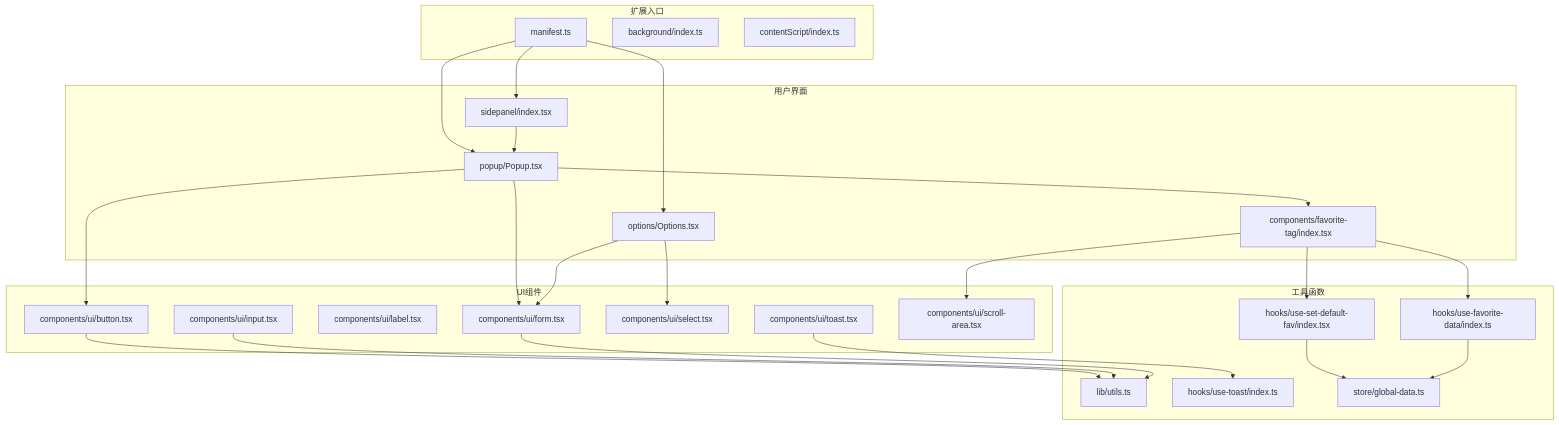
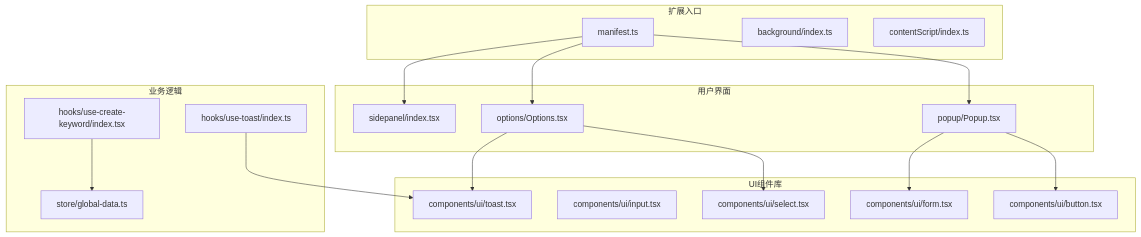
Before and after one commit to RadiumAg/bilibili-favorites: the first of 6 diagrams in .qoder/repowiki/zh/content/Accessibility Enhancements.md, drawn with Mermaid. The commit also changed other lines of this file and 21 other files, not shown here.

````diff
--- a/.qoder/repowiki/zh/content/Accessibility Enhancements.md
+++ b/.qoder/repowiki/zh/content/Accessibility Enhancements.md
@@ -56,48 +58,34 @@
 ```mermaid
 graph TB
 subgraph "扩展入口"
 Manifest[manifest.ts]
 Background[background/index.ts]
 ContentScript[contentScript/index.ts]
 end
 subgraph "用户界面"
 Popup[popup/Popup.tsx]
 Options[options/Options.tsx]
 SidePanel[sidepanel/index.tsx]
-FavoriteTag[components/favorite-tag/index.tsx]
 end
-subgraph "UI组件"
+subgraph "UI组件库"
 Button[components/ui/button.tsx]
 Input[components/ui/input.tsx]
-Label[components/ui/label.tsx]
 Form[components/ui/form.tsx]
 Select[components/ui/select.tsx]
 Toast[components/ui/toast.tsx]
-ScrollArea[components/ui/scroll-area.tsx]
 end
-subgraph "工具函数"
-Utils[lib/utils.ts]
-Hooks[hooks/use-toast/index.ts]
-SetDefaultFav[hooks/use-set-default-fav/index.tsx]
-FavoriteData[hooks/use-favorite-data/index.ts]
-GlobalData[store/global-data.ts]
+subgraph "业务逻辑"
+GlobalStore[store/global-data.ts]
+CreateKeyword[hooks/use-create-keyword/index.tsx]
+ToastHook[hooks/use-toast/index.ts]
 end
 Manifest --> Popup
 Manifest --> Options
 Manifest --> SidePanel
-Popup --> FavoriteTag
 Popup --> Button
 Popup --> Form
-Options --> Form
 Options --> Select
-SidePanel --> Popup
-FavoriteTag --> SetDefaultFav
-FavoriteTag --> FavoriteData
-FavoriteTag --> ScrollArea
-SetDefaultFav --> GlobalData
-FavoriteData --> GlobalData
-Button --> Utils
-Input --> Utils
-Form --> Utils
-Toast --> Hooks
+Options --> Toast
+CreateKeyword --> GlobalStore
+ToastHook --> Toast
 ```
````
